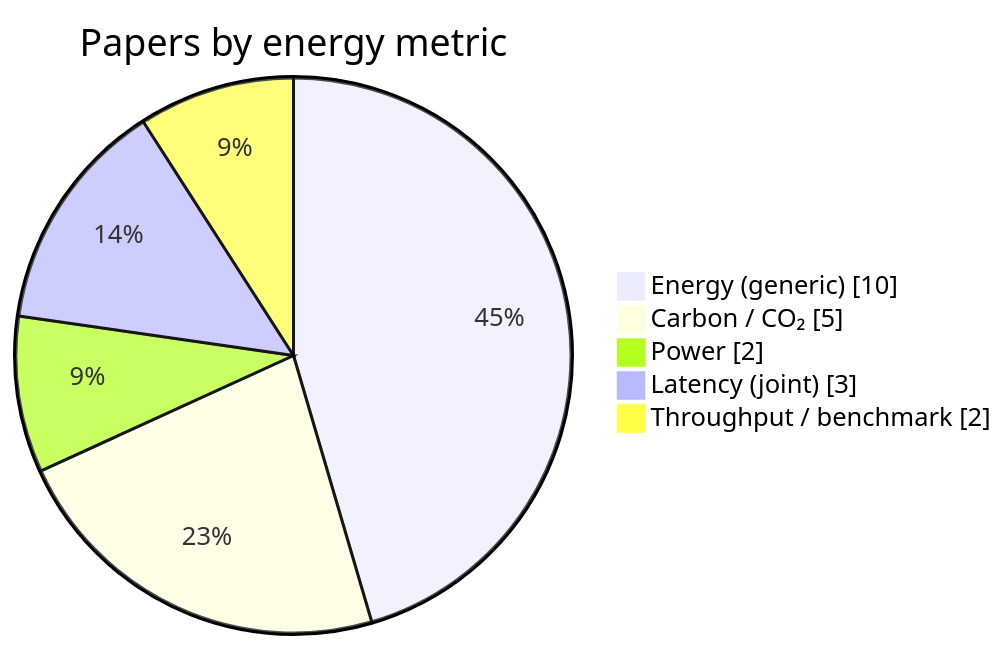
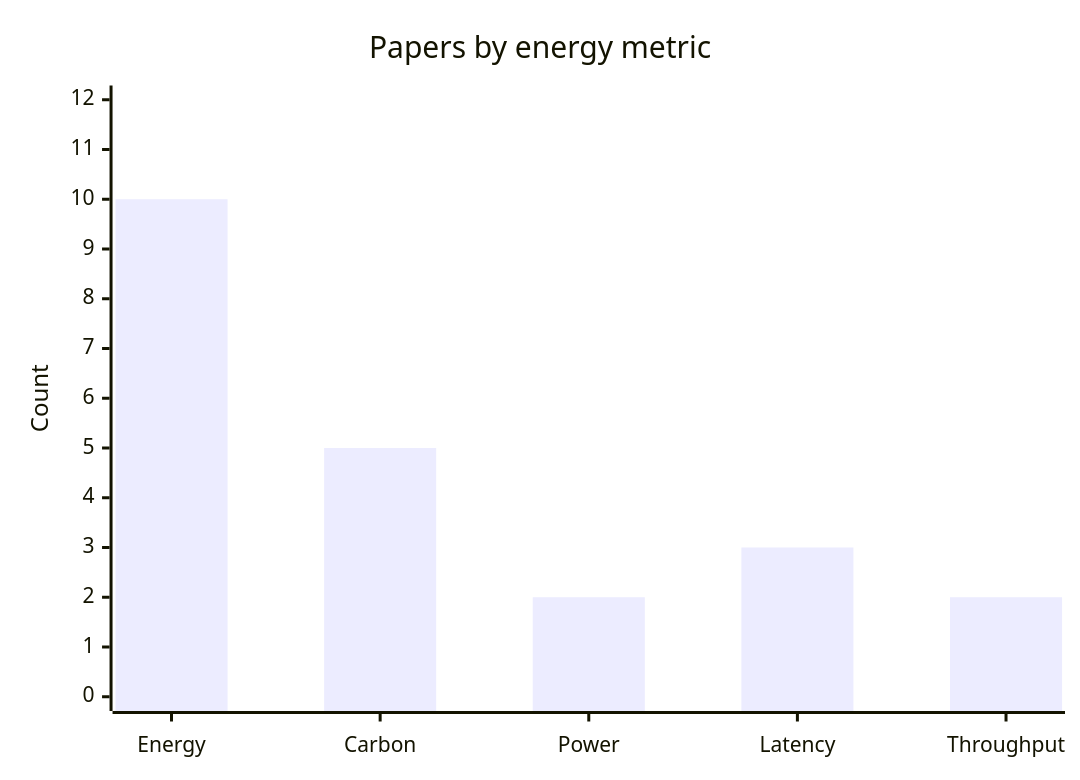
One commit to FeifanWang1029/Energy-AIoT-Survey changed the fourth of 4 diagrams in README.md. Above: the diagram before and after it, drawn with Mermaid. The commit also changed other lines of this file, not shown here.

````diff
--- a/README.md
+++ b/README.md
@@ -316,9 +312,7 @@
 ```mermaid
-pie showData
-    title Papers by energy metric
-    "Energy (generic)" : 10
-    "Carbon / CO₂" : 5
-    "Power" : 2
-    "Latency (joint)" : 3
-    "Throughput / benchmark" : 2
+xychart
+    title "Papers by energy metric"
+    x-axis ["Energy", "Carbon", "Power", "Latency", "Throughput"]
+    y-axis "Count" 0 --> 12
+    bar [10, 5, 2, 3, 2]
 ```
````
